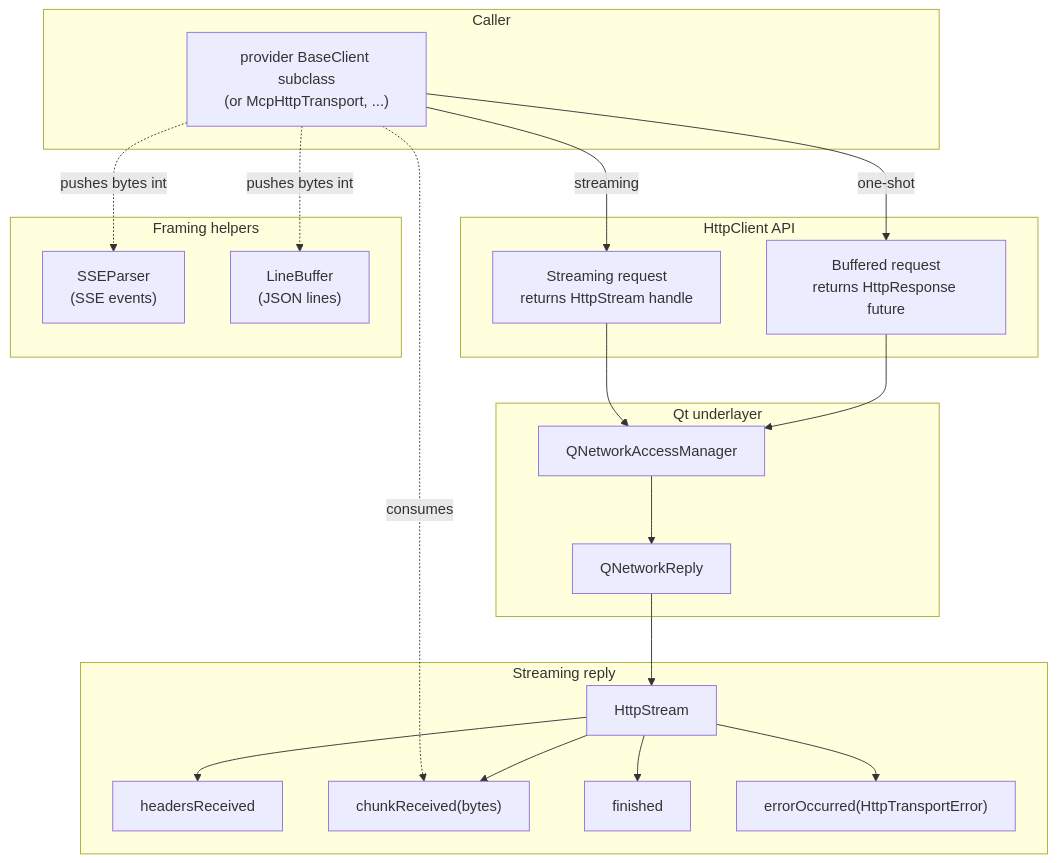
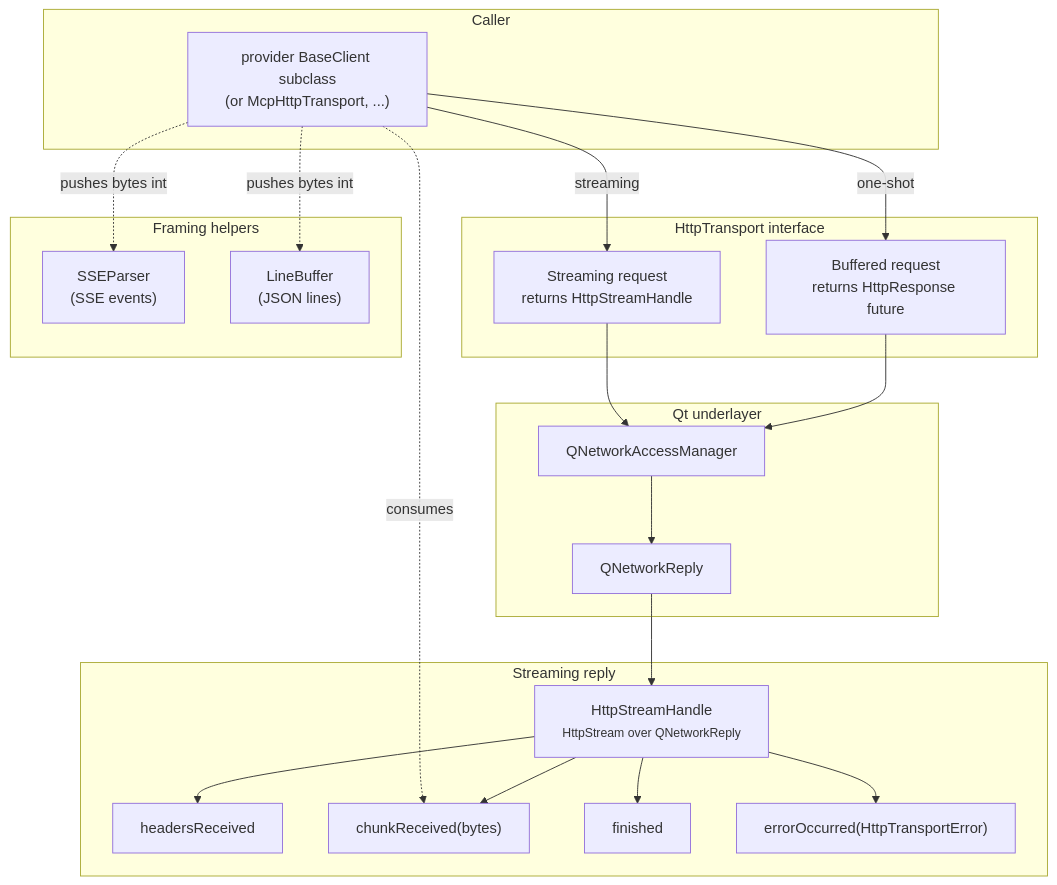
The diagram in docs/architecture/networking.md (Palm1r/llmcore), drawn with Mermaid before and after one commit. The commit also changed other lines of this file and 46 other files, not shown here.

First line of the commit message:
feat: improve http transport seam (#26)

````diff
--- a/docs/architecture/networking.md
+++ b/docs/architecture/networking.md
@@ -10,43 +13,43 @@
 ```mermaid
 flowchart TD
     subgraph User["Caller"]
         C1["provider BaseClient subclass<br/>(or McpHttpTransport, ...)"]
     end
 
-    subgraph Api["HttpClient API"]
+    subgraph Api["HttpTransport interface"]
         H1["Buffered request<br/>returns HttpResponse future"]
-        H2["Streaming request<br/>returns HttpStream handle"]
+        H2["Streaming request<br/>returns HttpStreamHandle"]
     end
 
     subgraph Stream["Streaming reply"]
-        S1["HttpStream"]
+        S1["HttpStreamHandle<br/><small>HttpStream over QNetworkReply</small>"]
         S2["headersReceived"]
         S3["chunkReceived(bytes)"]
         S4["finished"]
         S5["errorOccurred(HttpTransportError)"]
         S1 --> S2
         S1 --> S3
         S1 --> S4
         S1 --> S5
     end
 
     subgraph Framers["Framing helpers"]
         F1["SSEParser<br/>(SSE events)"]
         F2["LineBuffer<br/>(JSON lines)"]
     end
 
     subgraph Qt["Qt underlayer"]
         Q1["QNetworkAccessManager"]
         Q2["QNetworkReply"]
     end
 
     C1 -->|one-shot| H1
     C1 -->|streaming| H2
     H1 --> Q1
     H2 --> Q1
     Q1 --> Q2
     Q2 --> S1
     C1 -.consumes.-> S3
     C1 -.pushes bytes into.-> F1
     C1 -.pushes bytes into.-> F2
 ```
````
